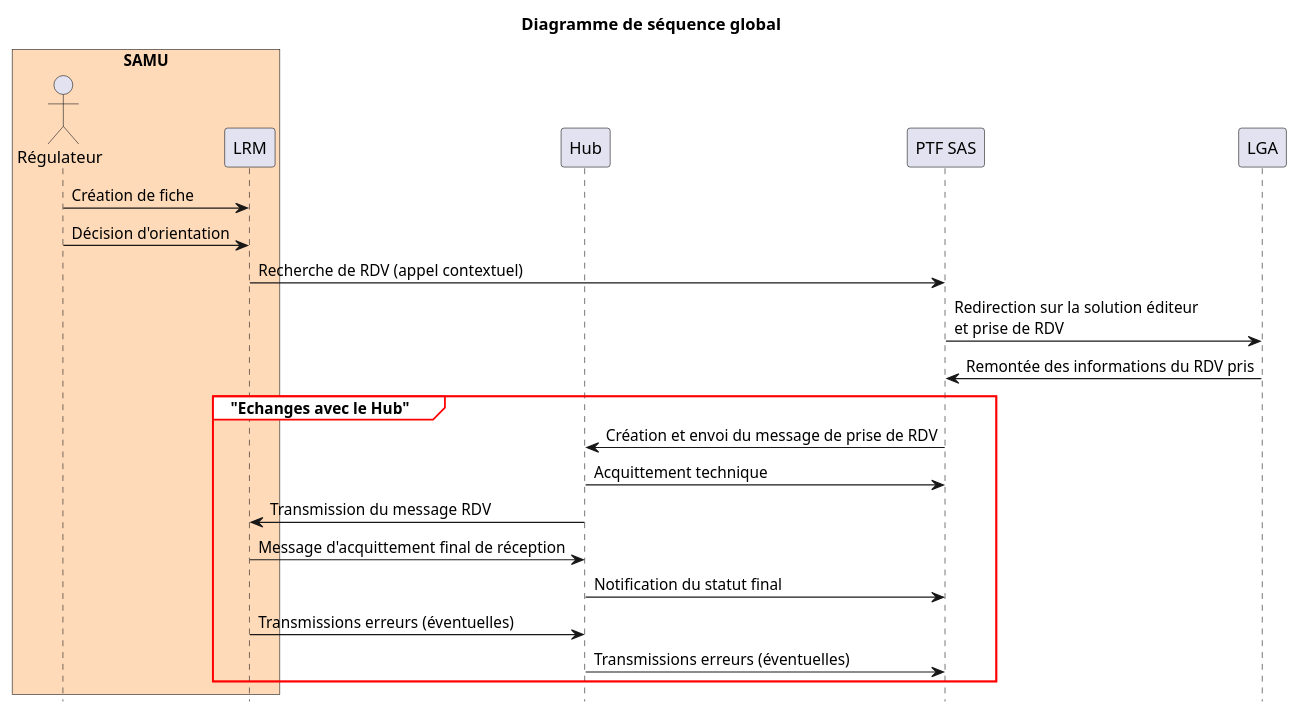
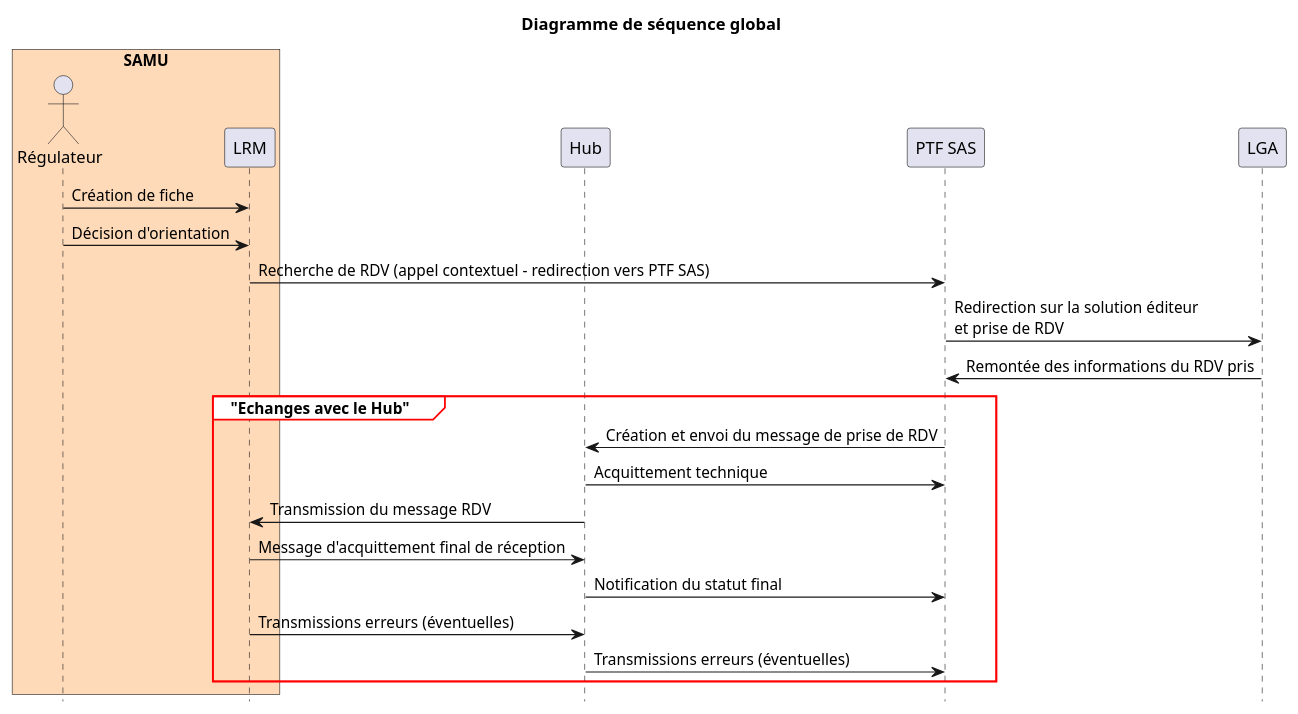
One commit to ansforge/IG-fhir-service-acces-aux-soins changed the diagram in input/images-source/diagramme_sequence_hub.plantuml. Above: the diagram before and after it, drawn with PlantUML. The commit also changed 1 other file, not shown here.

Commit message:
MAJ diag Plant UML
Précisions diagrammes séquences hub

```diff
--- a/input/images-source/diagramme_sequence_hub.plantuml
+++ b/input/images-source/diagramme_sequence_hub.plantuml
@@ -3,33 +3,33 @@
 @startuml
 title Diagramme de séquence global
 
 hide footbox
 
 box "SAMU" #PeachPuff
   actor "Régulateur" as SAMU
   participant LRM
 end box
 
 participant Hub
 participant "PTF SAS" as PTF
 participant LGA
 
 SAMU -> LRM : Création de fiche
 SAMU -> LRM : Décision d'orientation
-LRM -> PTF : Recherche de RDV (appel contextuel)
+LRM -> PTF : Recherche de RDV (appel contextuel - redirection vers PTF SAS)
 PTF -> LGA : Redirection sur la solution éditeur\net prise de RDV
 LGA -> PTF : Remontée des informations du RDV pris
 skinparam sequence {
     GroupBorderColor red
     GroupBackgroundColor white
 }
 group "Echanges avec le Hub"
   PTF -> Hub : Création et envoi du message de prise de RDV
   Hub -> PTF : Acquittement technique
   Hub -> LRM : Transmission du message RDV
   LRM -> Hub : Message d'acquittement final de réception
   Hub -> PTF : Notification du statut final
   LRM -> Hub : Transmissions erreurs (éventuelles)
   Hub -> PTF : Transmissions erreurs (éventuelles)
 end group
 @enduml
```
